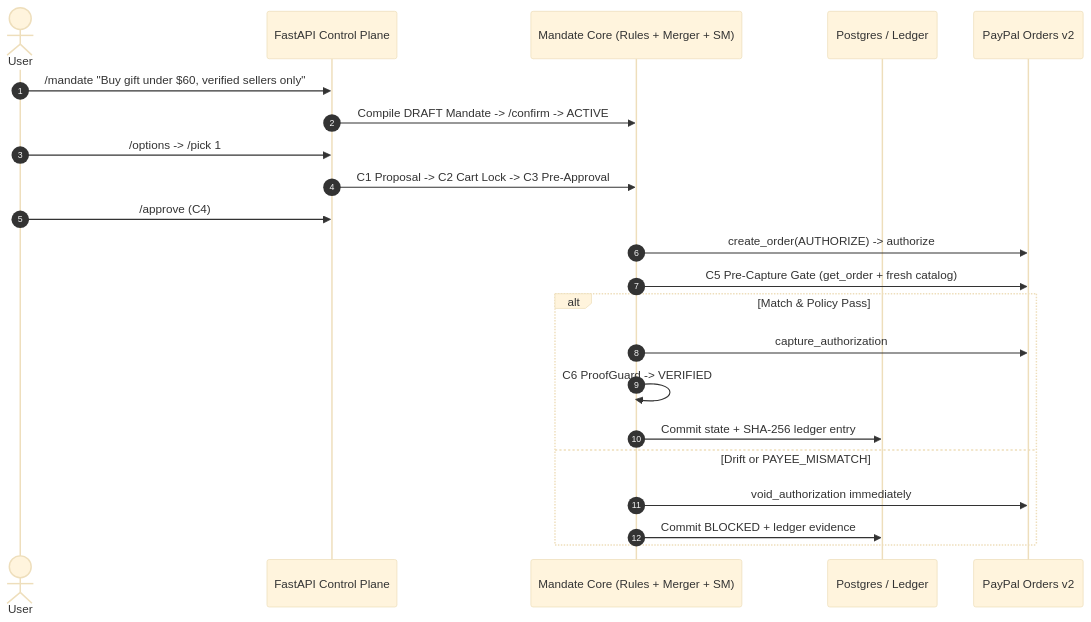
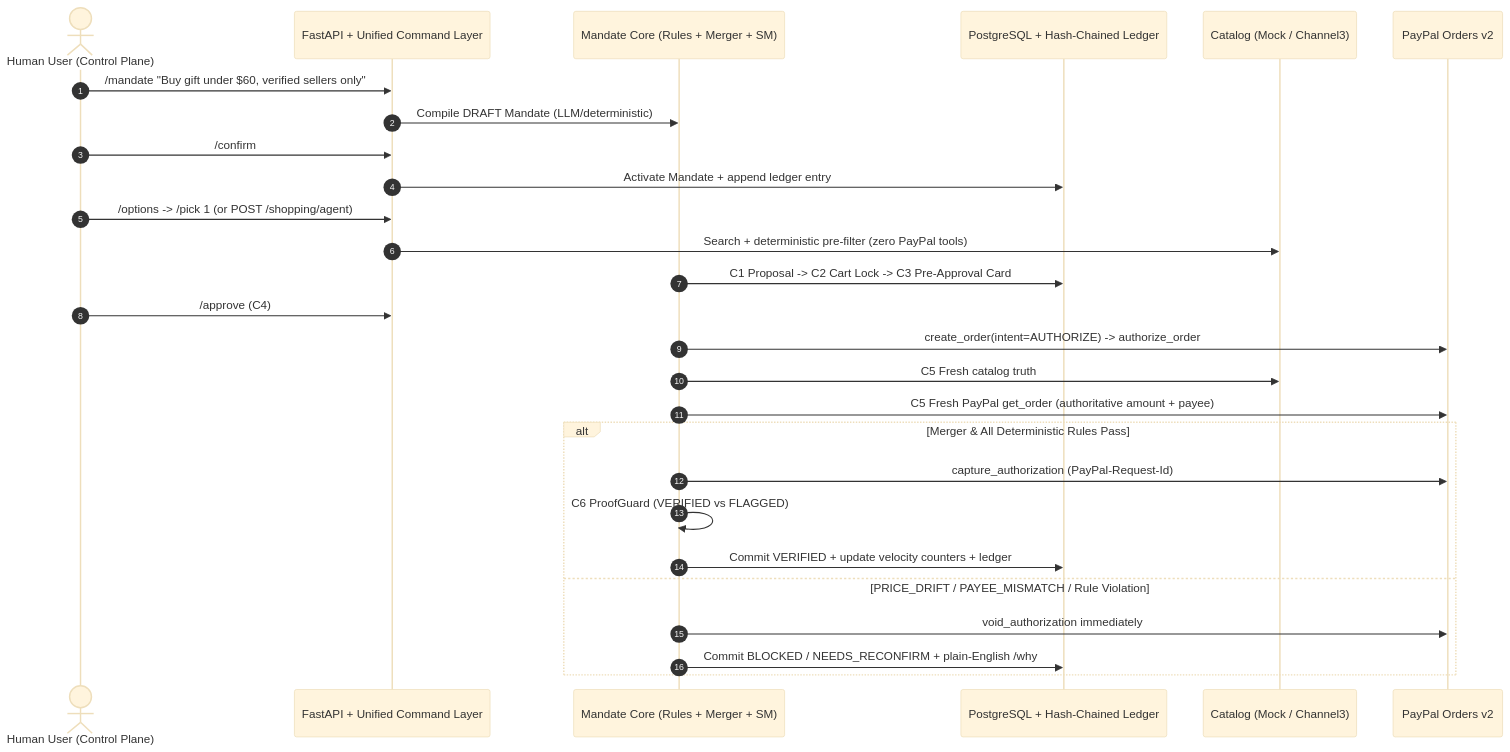
Before and after one commit to Srijanhub/mandate: the diagram in README.md, drawn with Mermaid (base theme). The commit also changed other lines of this file and 25 other files, not shown here.

Commit message:
feat: add Render asyncpg URL normalization, 2-tool shopping agent, typed OpenAPI schemas, opt-in auth, and detailed README

````diff
--- a/README.md
+++ b/README.md
@@ -33,25 +39,30 @@
 ```mermaid
 sequenceDiagram
     autonumber
-    actor User
-    participant API as FastAPI Control Plane
+    actor User as Human User (Control Plane)
+    participant API as FastAPI + Unified Command Layer
     participant Core as Mandate Core (Rules + Merger + SM)
-    participant DB as Postgres / Ledger
+    participant DB as PostgreSQL + Hash-Chained Ledger
+    participant Catalog as Catalog (Mock / Channel3)
     participant PP as PayPal Orders v2
 
     User->>API: /mandate "Buy gift under $60, verified sellers only"
-    API->>Core: Compile DRAFT Mandate -> /confirm -> ACTIVE
-    User->>API: /options -> /pick 1
-    API->>Core: C1 Proposal -> C2 Cart Lock -> C3 Pre-Approval
+    API->>Core: Compile DRAFT Mandate (LLM/deterministic)
+    User->>API: /confirm
+    API->>DB: Activate Mandate + append ledger entry
+    User->>API: /options -> /pick 1 (or POST /shopping/agent)
+    API->>Catalog: Search + deterministic pre-filter (zero PayPal tools)
+    Core->>DB: C1 Proposal -> C2 Cart Lock -> C3 Pre-Approval Card
     User->>API: /approve (C4)
-    Core->>PP: create_order(AUTHORIZE) -> authorize
-    Core->>PP: C5 Pre-Capture Gate (get_order + fresh catalog)
-    alt Match & Policy Pass
-        Core->>PP: capture_authorization
-        Core->>Core: C6 ProofGuard -> VERIFIED
-        Core->>DB: Commit state + SHA-256 ledger entry
-    else Drift or PAYEE_MISMATCH
+    Core->>PP: create_order(intent=AUTHORIZE) -> authorize_order
+    Core->>Catalog: C5 Fresh catalog truth
+    Core->>PP: C5 Fresh PayPal get_order (authoritative amount + payee)
+    alt Merger & All Deterministic Rules Pass
+        Core->>PP: capture_authorization (PayPal-Request-Id)
+        Core->>Core: C6 ProofGuard (VERIFIED vs FLAGGED)
+        Core->>DB: Commit VERIFIED + update velocity counters + ledger
+    else PRICE_DRIFT / PAYEE_MISMATCH / Rule Violation
         Core->>PP: void_authorization immediately
-        Core->>DB: Commit BLOCKED + ledger evidence
+        Core->>DB: Commit BLOCKED / NEEDS_RECONFIRM + plain-English /why
     end
 ```
````
